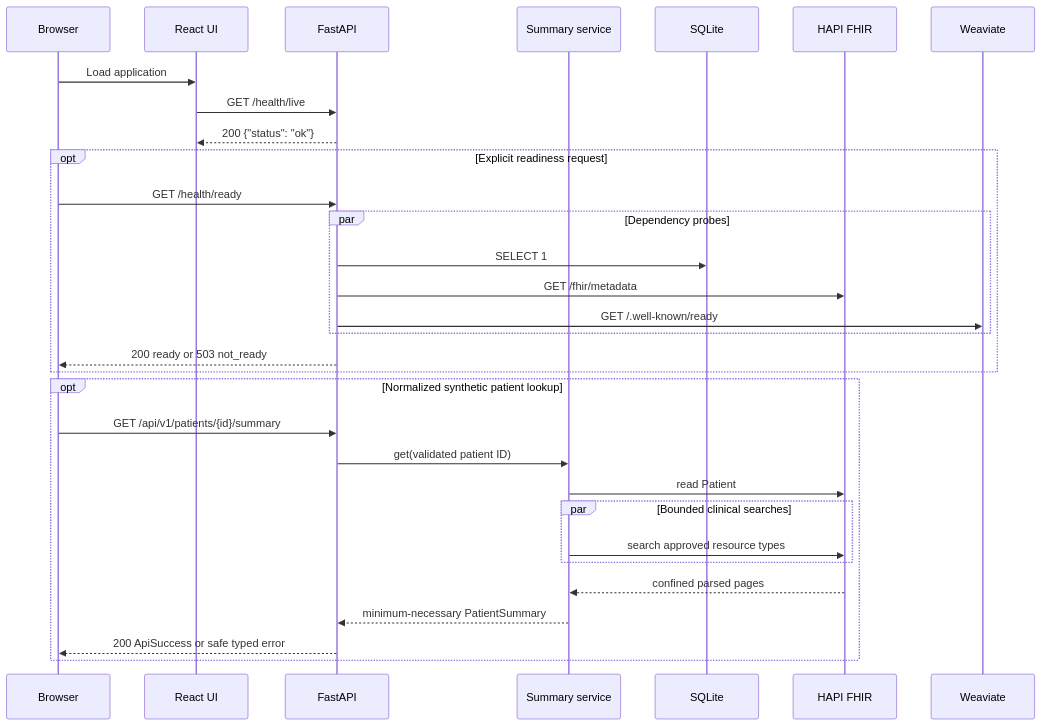
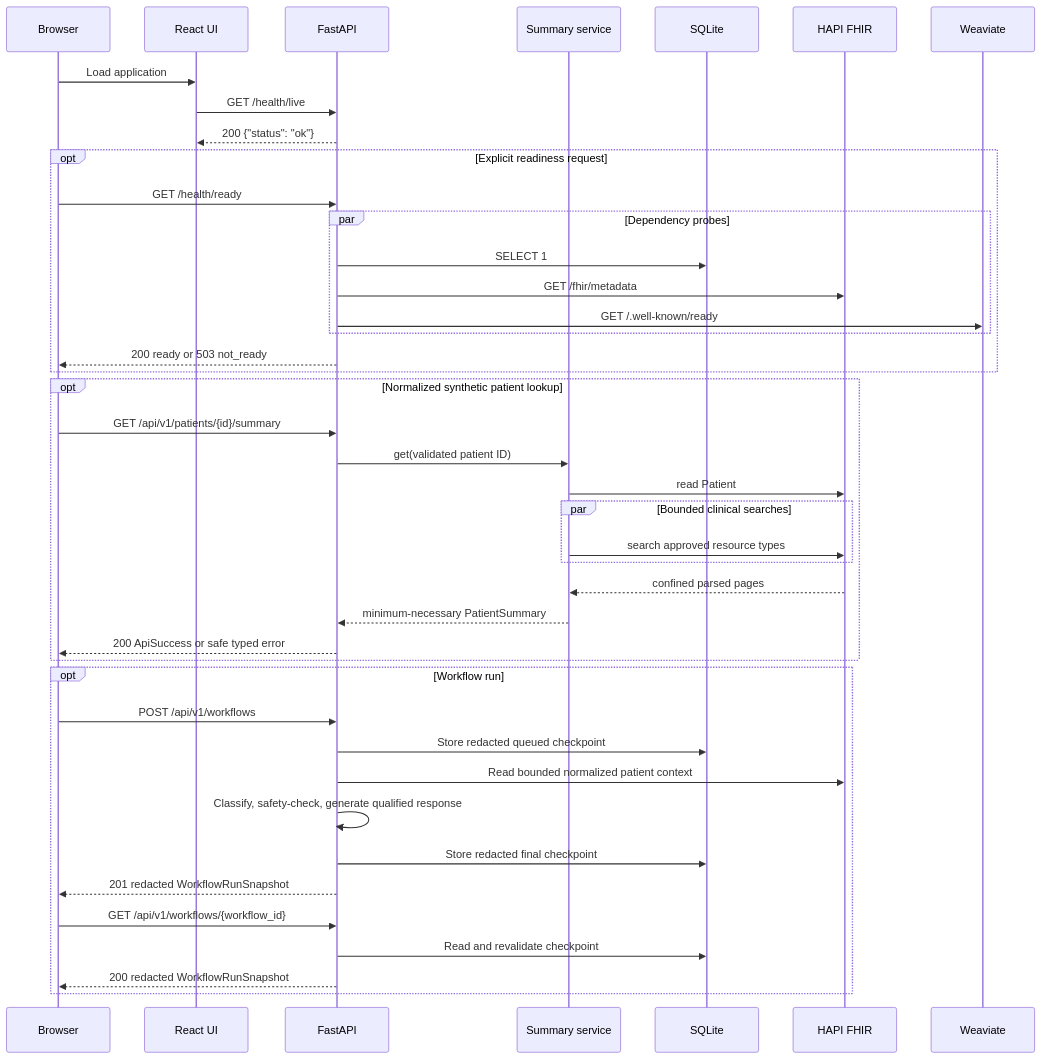
Before and after one commit to sanket-nawghare/langchain-poc: the fourth of 5 diagrams in docs/ARCHITECTURE.md, drawn with Mermaid. The commit also changed other lines of this file and 23 other files, not shown here.

Commit message:
Run API, Persistence, and Recovery

````diff
--- a/docs/ARCHITECTURE.md
+++ b/docs/ARCHITECTURE.md
@@ -135,36 +148,48 @@
 ```mermaid
 sequenceDiagram
     participant Browser
     participant UI as React UI
     participant API as FastAPI
     participant Summary as Summary service
     participant DB as SQLite
     participant FHIR as HAPI FHIR
     participant Vector as Weaviate
 
     Browser->>UI: Load application
     UI->>API: GET /health/live
     API-->>UI: 200 {"status": "ok"}
 
     opt Explicit readiness request
         Browser->>API: GET /health/ready
         par Dependency probes
             API->>DB: SELECT 1
             API->>FHIR: GET /fhir/metadata
             API->>Vector: GET /.well-known/ready
         end
         API-->>Browser: 200 ready or 503 not_ready
     end
 
     opt Normalized synthetic patient lookup
         Browser->>API: GET /api/v1/patients/{id}/summary
         API->>Summary: get(validated patient ID)
         Summary->>FHIR: read Patient
         par Bounded clinical searches
             Summary->>FHIR: search approved resource types
         end
         FHIR-->>Summary: confined parsed pages
         Summary-->>API: minimum-necessary PatientSummary
         API-->>Browser: 200 ApiSuccess or safe typed error
     end
+
+    opt Workflow run
+        Browser->>API: POST /api/v1/workflows
+        API->>DB: Store redacted queued checkpoint
+        API->>FHIR: Read bounded normalized patient context
+        API->>API: Classify, safety-check, generate qualified response
+        API->>DB: Store redacted final checkpoint
+        API-->>Browser: 201 redacted WorkflowRunSnapshot
+        Browser->>API: GET /api/v1/workflows/{workflow_id}
+        API->>DB: Read and revalidate checkpoint
+        API-->>Browser: 200 redacted WorkflowRunSnapshot
+    end
 ```
````
